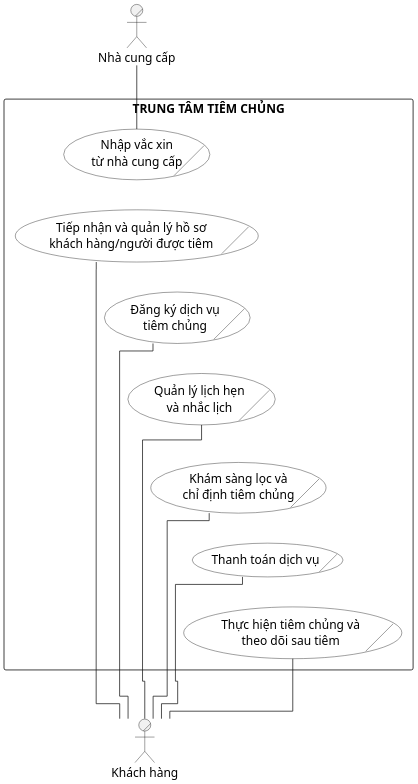
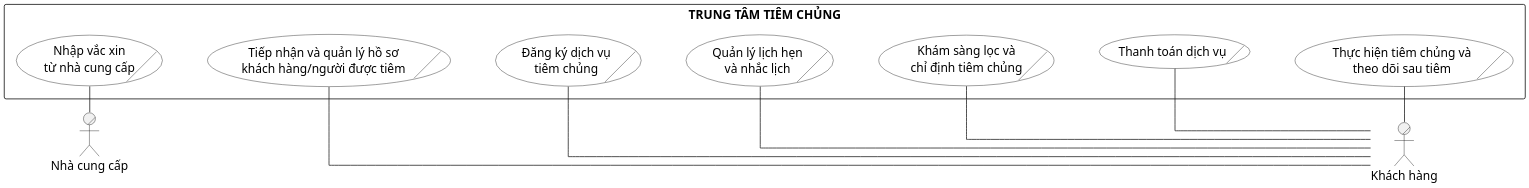
One commit to datngo1203/KLCN-QuanLyTiemChung changed the diagram in docs/thesis/uml/Hinh_2_1_Business_Use_Case_Tong_The.puml. Above: the diagram before and after it, drawn with PlantUML.

Commit message:
docs: refine business use case layout

```diff
--- a/docs/thesis/uml/Hinh_2_1_Business_Use_Case_Tong_The.puml
+++ b/docs/thesis/uml/Hinh_2_1_Business_Use_Case_Tong_The.puml
@@ -1,47 +1,46 @@
 @startuml
-!pragma layout elk
 ' HUIT UML Visual Profile v1
 skinparam monochrome true
 skinparam shadowing false
 skinparam backgroundColor white
 skinparam defaultFontName "Times New Roman"
 skinparam defaultFontSize 16
 skinparam ActorBorderColor black
 skinparam UsecaseBorderColor black
 skinparam UsecaseBackgroundColor white
 skinparam RectangleBorderColor black
 skinparam RectangleBackgroundColor white
+skinparam linetype ortho
 skinparam dpi 180
 
-top to bottom direction
+left to right direction
 
 actor/ "Nhà cung cấp" as Supplier
 actor/ "Khách hàng" as Customer
 
 rectangle "TRUNG TÂM TIÊM CHỦNG" as BusinessBoundary {
   usecase/ "Nhập vắc xin\ntừ nhà cung cấp" as BUC1
   usecase/ "Tiếp nhận và quản lý hồ sơ\nkhách hàng/người được tiêm" as BUC2
   usecase/ "Đăng ký dịch vụ\ntiêm chủng" as BUC3
   usecase/ "Quản lý lịch hẹn\nvà nhắc lịch" as BUC4
   usecase/ "Khám sàng lọc và\nchỉ định tiêm chủng" as BUC5
   usecase/ "Thanh toán dịch vụ" as BUC6
   usecase/ "Thực hiện tiêm chủng và\ntheo dõi sau tiêm" as BUC7
 
   BUC1 -[hidden]down- BUC2
   BUC2 -[hidden]down- BUC3
   BUC3 -[hidden]down- BUC4
   BUC4 -[hidden]down- BUC5
   BUC5 -[hidden]down- BUC6
   BUC6 -[hidden]down- BUC7
 }
 
 Supplier -right- BUC1
-Customer -left- BUC2
-Customer -left- BUC3
-Customer -left- BUC4
-Customer -left- BUC5
-Customer -left- BUC6
-Customer -left- BUC7
-BUC4 -[hidden]right- Customer
+BUC2 -right- Customer
+BUC3 -right- Customer
+BUC4 -right- Customer
+BUC5 -right- Customer
+BUC6 -right- Customer
+BUC7 -right- Customer
 
 @enduml
```
